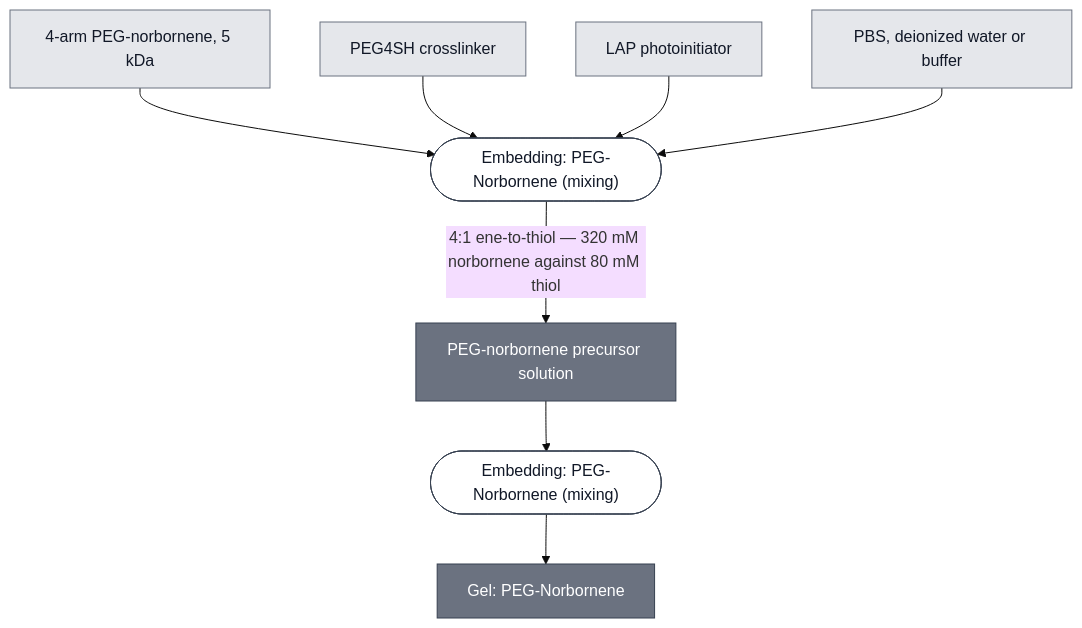
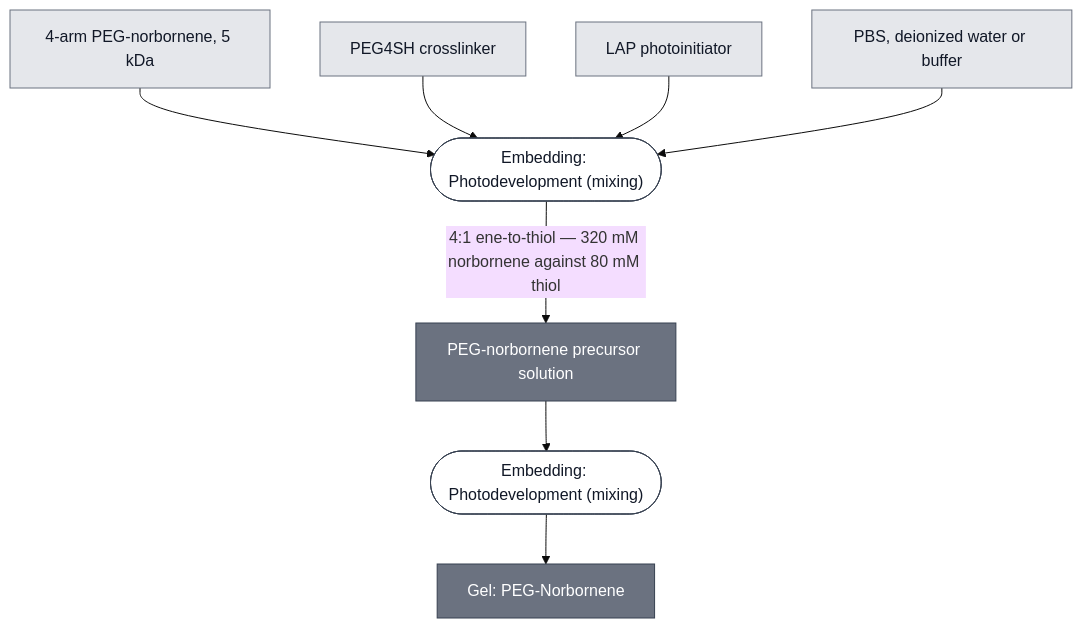
One commit to nucleus-eng/nucleus-docs changed the diagram in docs/modules/gel-peg-norbornene/spec.md. Above: the diagram before and after it, drawn with Mermaid (base theme). The commit also changed other lines of this file and 50 other files, not shown here.

````diff
--- a/docs/modules/gel-peg-norbornene/spec.md
+++ b/docs/modules/gel-peg-norbornene/spec.md
@@ -32,33 +32,33 @@
 ```mermaid
 flowchart TD
     PEG4NB["4-arm PEG-norbornene, 5 kDa"]
     PEG4SH["PEG4SH crosslinker"]
     LAP["LAP photoinitiator"]
     SOLVENT["PBS, deionized water or buffer"]
 
-    P1_ASSEMBLE_PRECURSOR_0(["Embedding: PEG-Norbornene (mixing)"])
+    P1_ASSEMBLE_PRECURSOR_0(["Embedding: Photodevelopment (mixing)"])
     PEG_NORBORNENE_PRECURSOR["PEG-norbornene precursor solution"]
-    P2_PHOTOPATTERN_0(["Embedding: PEG-Norbornene (mixing)"])
+    P2_PHOTOPATTERN_0(["Embedding: Photodevelopment (mixing)"])
     GEL_PEG_NORBORNENE["Gel: PEG-Norbornene"]
 
     PEG4NB --> P1_ASSEMBLE_PRECURSOR_0
     PEG4SH --> P1_ASSEMBLE_PRECURSOR_0
     LAP --> P1_ASSEMBLE_PRECURSOR_0
     SOLVENT --> P1_ASSEMBLE_PRECURSOR_0
     P1_ASSEMBLE_PRECURSOR_0 -->|"4:1 ene-to-thiol — 320 mM norbornene against 80 mM thiol"| PEG_NORBORNENE_PRECURSOR
 
     PEG_NORBORNENE_PRECURSOR --> P2_PHOTOPATTERN_0
     P2_PHOTOPATTERN_0 --> GEL_PEG_NORBORNENE
 
 
     classDef leaf     fill:#e5e7eb,stroke:#6b7280,color:#111827;
     classDef composed fill:#6b7280,stroke:#374151,color:#ffffff;
     classDef process  fill:#ffffff,stroke:#374151,color:#111827;
     class PEG4NB,PEG4SH,LAP,SOLVENT leaf;
     class PEG_NORBORNENE_PRECURSOR,GEL_PEG_NORBORNENE composed;
     class P1_ASSEMBLE_PRECURSOR_0,P2_PHOTOPATTERN_0 process;
 
-    click P1_ASSEMBLE_PRECURSOR_0 "/docs/processes/embed-peg-norbornene/main"
-    click P2_PHOTOPATTERN_0 "/docs/processes/embed-peg-norbornene/main"
+    click P1_ASSEMBLE_PRECURSOR_0 "/docs/processes/embed-photodevelopment/main"
+    click P2_PHOTOPATTERN_0 "/docs/processes/embed-photodevelopment/main"
     click GEL_PEG_NORBORNENE "/docs/modules/gel-peg-norbornene/spec"
 ```
````
